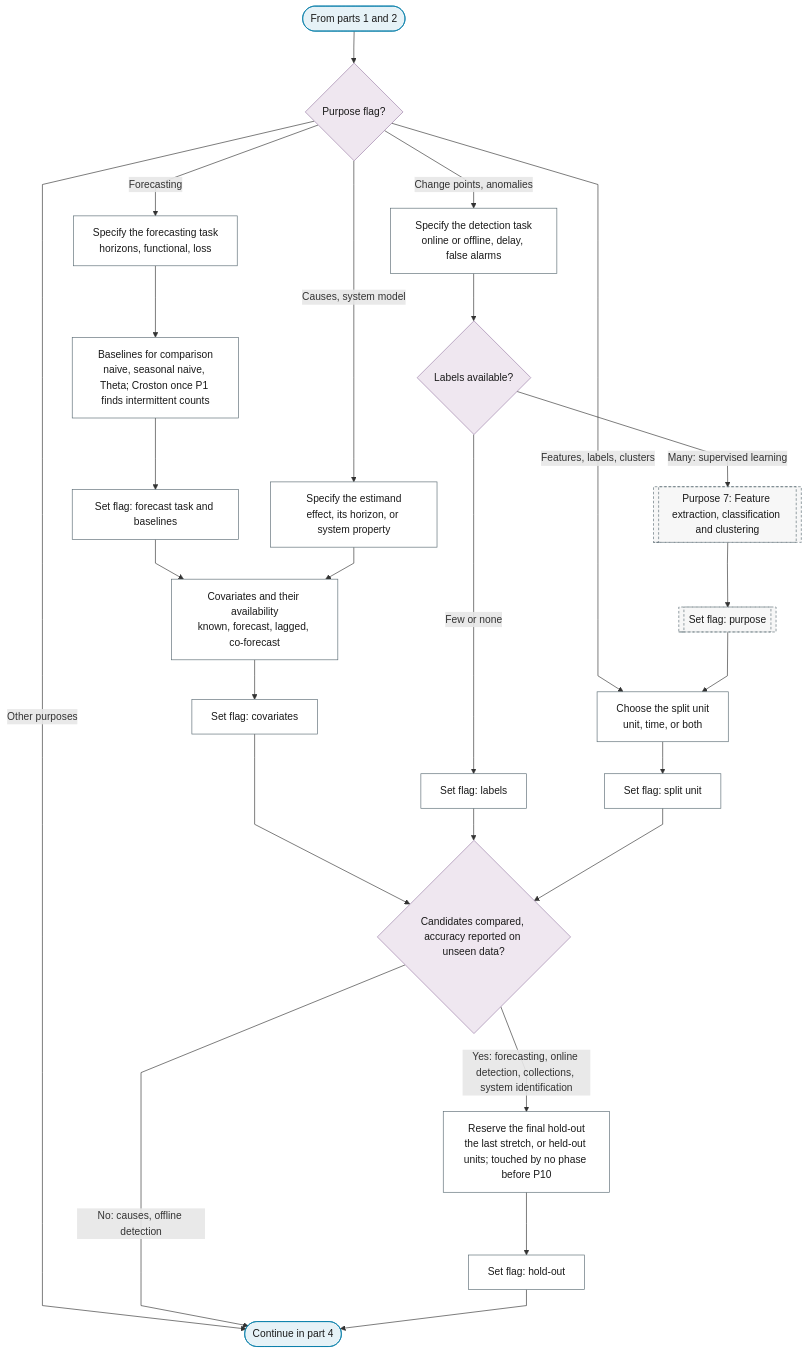
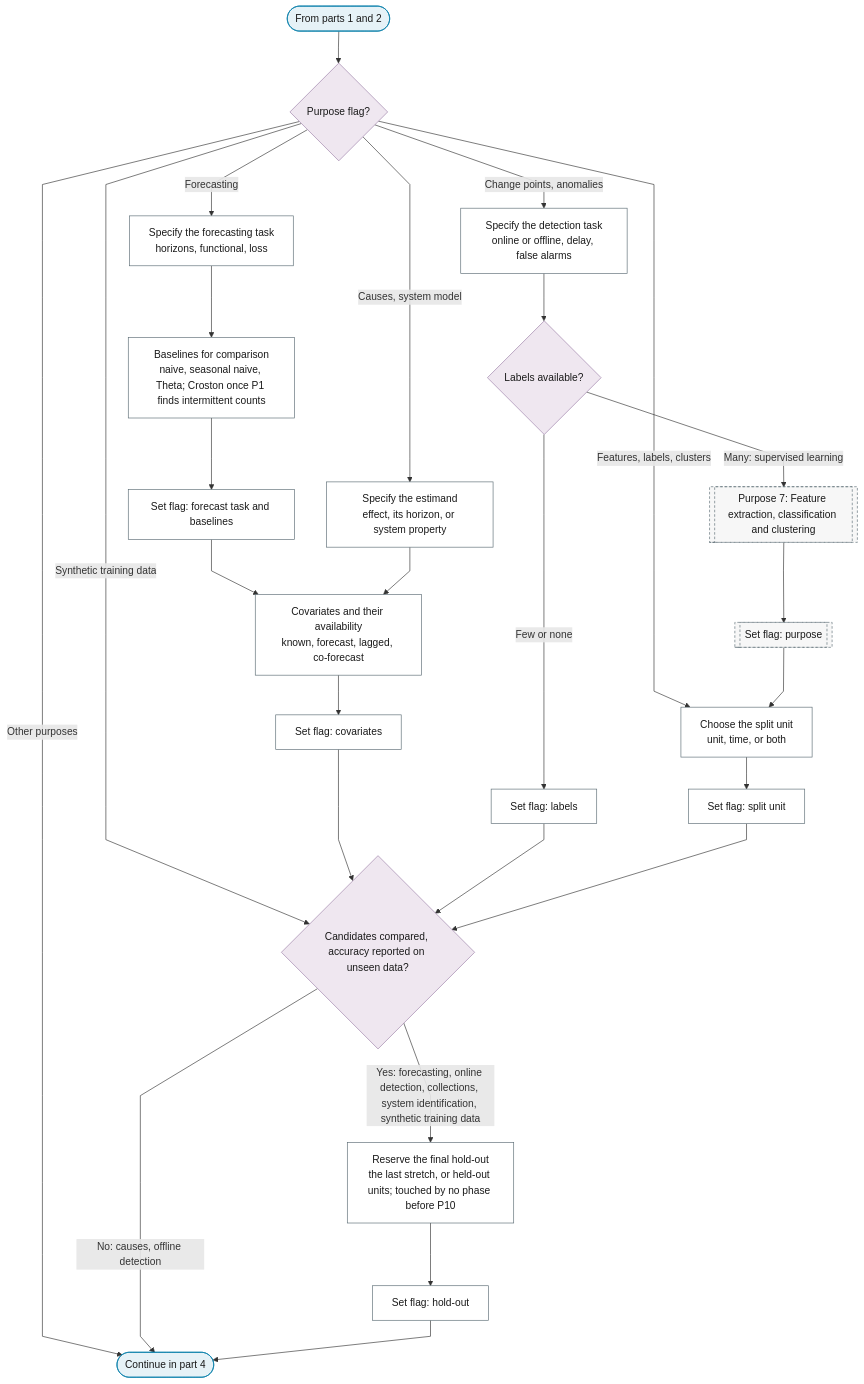
One commit to Shuxin-Y/time-series-analysis-manual changed the third of 4 diagrams in docs/01-workflow/p00-purpose/index.md. Above: the diagram before and after it, drawn with Mermaid. The commit also changed 12 other files, not shown here.

````diff
--- a/docs/01-workflow/p00-purpose/index.md
+++ b/docs/01-workflow/p00-purpose/index.md
@@ -72,38 +72,39 @@
 ```mermaid
 %%{init: {"flowchart": {"curve": "linear"}}}%%
 graph TD
     P0_PART_3_IN(["From parts 1 and 2"]) --> P0_PLAN{"Purpose flag?"}
     P0_PLAN -->|"Forecasting"| P0_FORECAST_TASK["Specify the forecasting task<br/>horizons, functional, loss"]
     P0_PLAN -->|"Change points, anomalies"| P0_DETECTION_TASK["Specify the detection task<br/>online or offline, delay, false alarms"]
     P0_PLAN -->|"Causes, system model"| P0_ESTIMAND["Specify the estimand<br/>effect, its horizon, or system property"]
     P0_PLAN -->|"Features, labels, clusters"| P0_SPLIT_UNIT["Choose the split unit<br/>unit, time, or both"]
+    P0_PLAN -->|"Synthetic training data"| P0_HOLDOUT_GATE
     P0_PLAN -->|"Other purposes"| P0_PART_3_OUT(["Continue in part 4"])
     P0_FORECAST_TASK --> P0_FC_BASELINES["Baselines for comparison<br/>naive, seasonal naive, Theta; Croston once P1 finds intermittent counts"]
     P0_FC_BASELINES --> P0_FORECAST_FLAG["Set flag: forecast task and baselines"]
     P0_FORECAST_FLAG --> P0_COVARIATES["Covariates and their availability<br/>known, forecast, lagged, co-forecast"]
     P0_ESTIMAND --> P0_COVARIATES
     P0_COVARIATES --> P0_COVARIATE_FLAG["Set flag: covariates"]
     P0_DETECTION_TASK --> P0_LABELS{"Labels available?"}
     P0_LABELS -->|"Many: supervised learning"| P0_FEATURES[["Purpose 7: Feature extraction, classification and clustering"]]
     P0_FEATURES --> P0_PURPOSE_FLAG[["Set flag: purpose"]]
     P0_PURPOSE_FLAG --> P0_SPLIT_UNIT
     P0_LABELS -->|"Few or none"| P0_DETECTION_FLAG["Set flag: labels"]
     P0_SPLIT_UNIT --> P0_SPLIT_FLAG["Set flag: split unit"]
     P0_COVARIATE_FLAG & P0_DETECTION_FLAG & P0_SPLIT_FLAG --> P0_HOLDOUT_GATE{"Candidates compared, accuracy reported on unseen data?"}
-    P0_HOLDOUT_GATE -->|"Yes: forecasting, online detection, collections, system identification"| P0_HOLDOUT["Reserve the final hold-out<br/>the last stretch, or held-out units; touched by no phase before P10"]
+    P0_HOLDOUT_GATE -->|"Yes: forecasting, online detection, collections, system identification, synthetic training data"| P0_HOLDOUT["Reserve the final hold-out<br/>the last stretch, or held-out units; touched by no phase before P10"]
     P0_HOLDOUT_GATE -->|"No: causes, offline detection"| P0_PART_3_OUT
     P0_HOLDOUT --> P0_HOLDOUT_FLAG["Set flag: hold-out"]
     P0_HOLDOUT_FLAG --> P0_PART_3_OUT
     class P0_PART_3_IN,P0_PART_3_OUT terminator
     class P0_PLAN,P0_LABELS,P0_HOLDOUT_GATE decision
     class P0_FORECAST_TASK,P0_DETECTION_TASK,P0_ESTIMAND,P0_SPLIT_UNIT,P0_FC_BASELINES,P0_COVARIATES,P0_FORECAST_FLAG,P0_COVARIATE_FLAG,P0_DETECTION_FLAG,P0_SPLIT_FLAG,P0_HOLDOUT,P0_HOLDOUT_FLAG process
     class P0_FEATURES,P0_PURPOSE_FLAG ref
     classDef terminator fill:#E6F2F7,stroke:#007BA7,color:#1A1A1A;
     classDef process fill:#FFFFFF,stroke:#5A6B73,color:#1A1A1A;
     classDef decision fill:#EFE7F0,stroke:#9B7FA7,color:#1A1A1A;
     classDef data fill:#FFF4E0,stroke:#C9A55E,color:#1A1A1A;
     classDef good fill:#DCEFD8,stroke:#4A7A3F,color:#1A1A1A;
     classDef escalate fill:#FFE9C2,stroke:#C9A55E,color:#1A1A1A;
     classDef problem fill:#F2D9DE,stroke:#800020,color:#1A1A1A;
     classDef ref fill:#F7F7F7,stroke:#5A6B73,color:#1A1A1A,stroke-dasharray:4 3;
 ```
````
